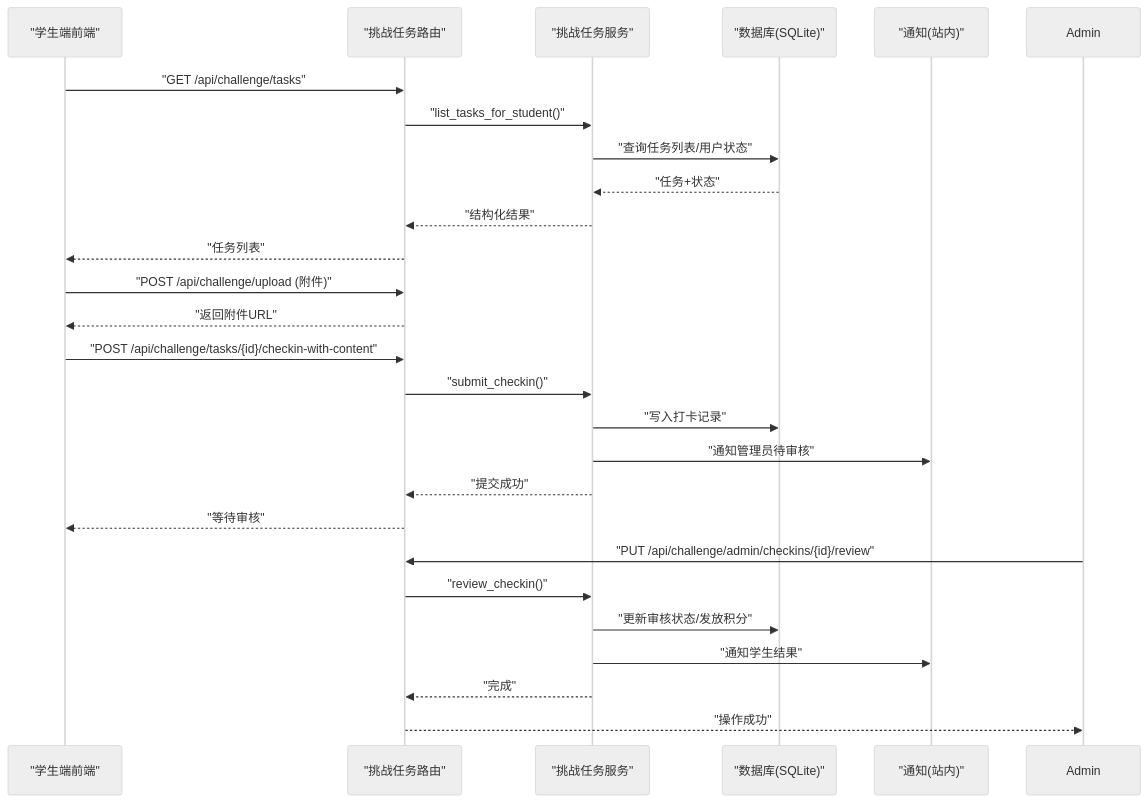
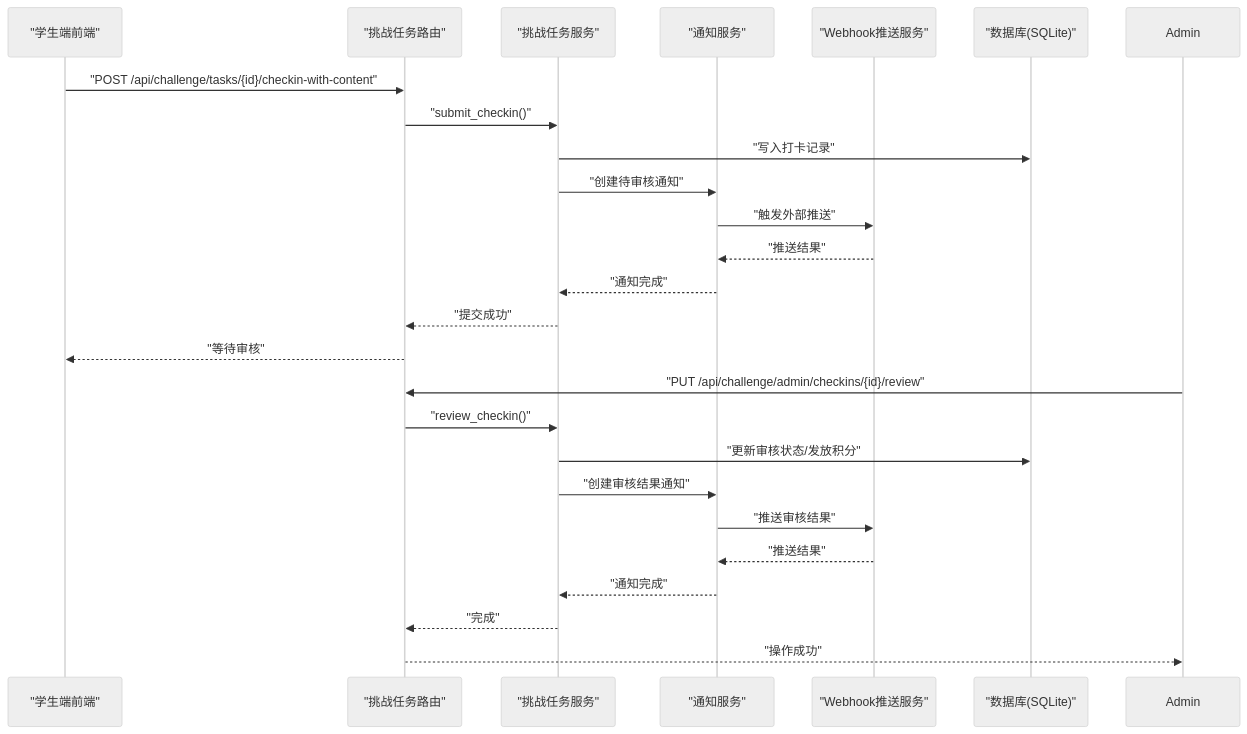
Before and after one commit to onebody/homework: the second of 10 diagrams in .qoder/repowiki/zh/content/暑假作业打卡系统/核心业务功能/挑战任务系统.md, drawn with Mermaid (neutral theme). The commit also changed other lines of this file and 15 other files, not shown here.

````diff
--- a/.qoder/repowiki/zh/content/暑假作业打卡系统/核心业务功能/挑战任务系统.md
+++ b/.qoder/repowiki/zh/content/暑假作业打卡系统/核心业务功能/挑战任务系统.md
@@ -98,28 +114,27 @@
 ```mermaid
 sequenceDiagram
 participant S as "学生端前端"
 participant R as "挑战任务路由"
 participant SV as "挑战任务服务"
+participant NS as "通知服务"
+participant WP as "Webhook推送服务"
 participant DB as "数据库(SQLite)"
-participant N as "通知(站内)"
-S->>R : "GET /api/challenge/tasks"
-R->>SV : "list_tasks_for_student()"
-SV->>DB : "查询任务列表/用户状态"
-DB-->>SV : "任务+状态"
-SV-->>R : "结构化结果"
-R-->>S : "任务列表"
-S->>R : "POST /api/challenge/upload (附件)"
-R-->>S : "返回附件URL"
 S->>R : "POST /api/challenge/tasks/{id}/checkin-with-content"
 R->>SV : "submit_checkin()"
 SV->>DB : "写入打卡记录"
-SV->>N : "通知管理员待审核"
+SV->>NS : "创建待审核通知"
+NS->>WP : "触发外部推送"
+WP-->>NS : "推送结果"
+NS-->>SV : "通知完成"
 SV-->>R : "提交成功"
 R-->>S : "等待审核"
 Admin->>R : "PUT /api/challenge/admin/checkins/{id}/review"
 R->>SV : "review_checkin()"
 SV->>DB : "更新审核状态/发放积分"
-SV->>N : "通知学生结果"
+SV->>NS : "创建审核结果通知"
+NS->>WP : "推送审核结果"
+WP-->>NS : "推送结果"
+NS-->>SV : "通知完成"
 SV-->>R : "完成"
 R-->>Admin : "操作成功"
 ```
````
